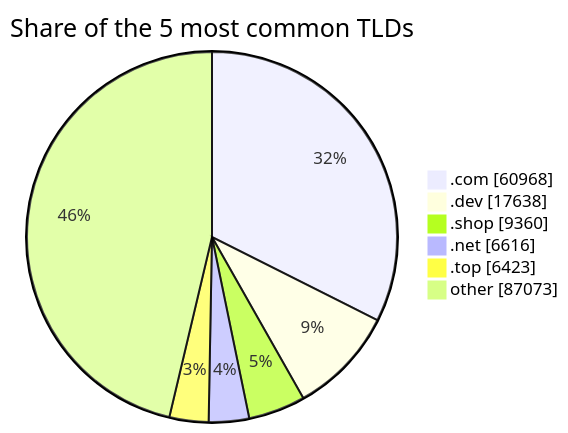
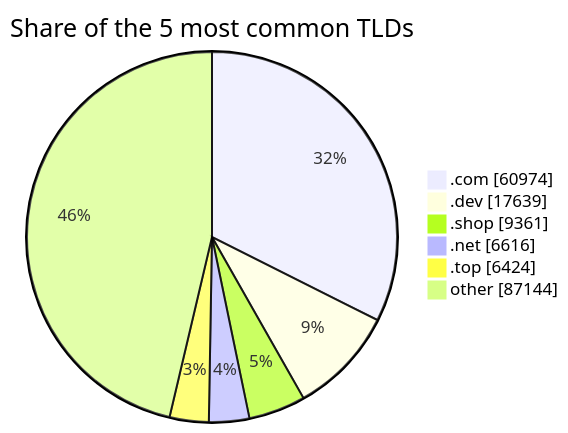
One commit to DNSBunker/CTI changed the third of 3 diagrams in README.md. Above: the diagram before and after it, drawn with Mermaid. The commit also changed other lines of this file and 3 other files, not shown here.

````diff
--- a/README.md
+++ b/README.md
@@ -81,9 +81,9 @@
 ```mermaid
 pie showData title Share of the 5 most common TLDs
-    ".com" : 60968
-    ".dev" : 17638
-    ".shop" : 9360
+    ".com" : 60974
+    ".dev" : 17639
+    ".shop" : 9361
     ".net" : 6616
-    ".top" : 6423
-    "other" : 87073
+    ".top" : 6424
+    "other" : 87144
 ```
````
